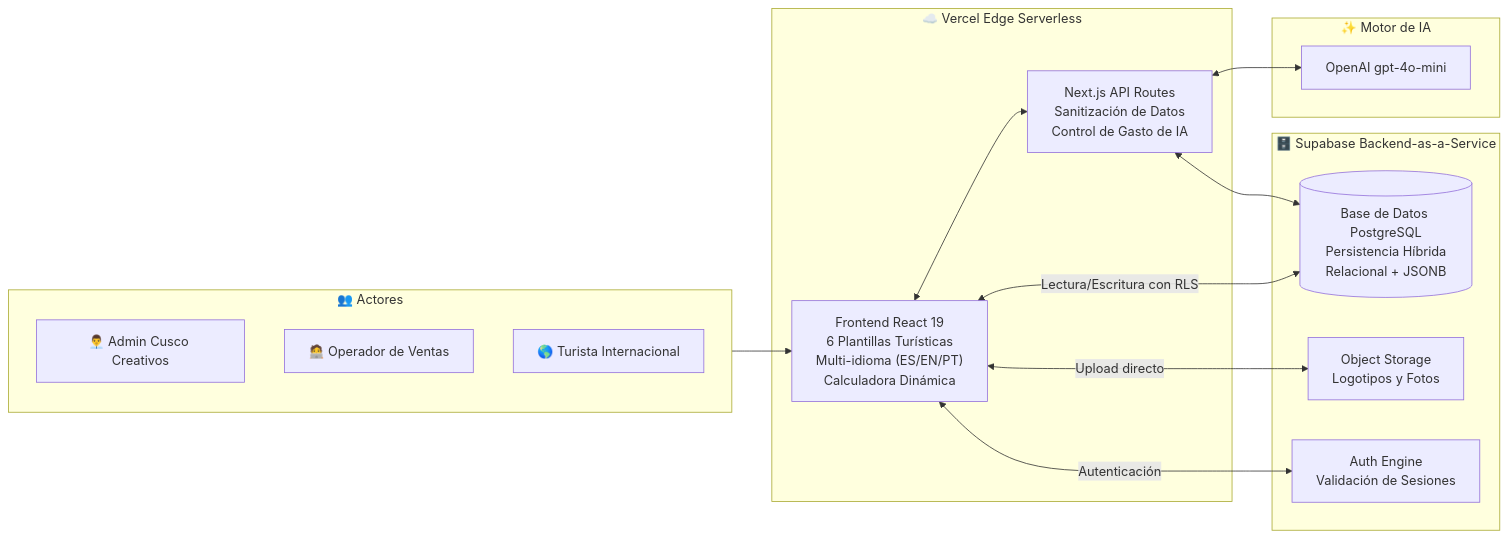
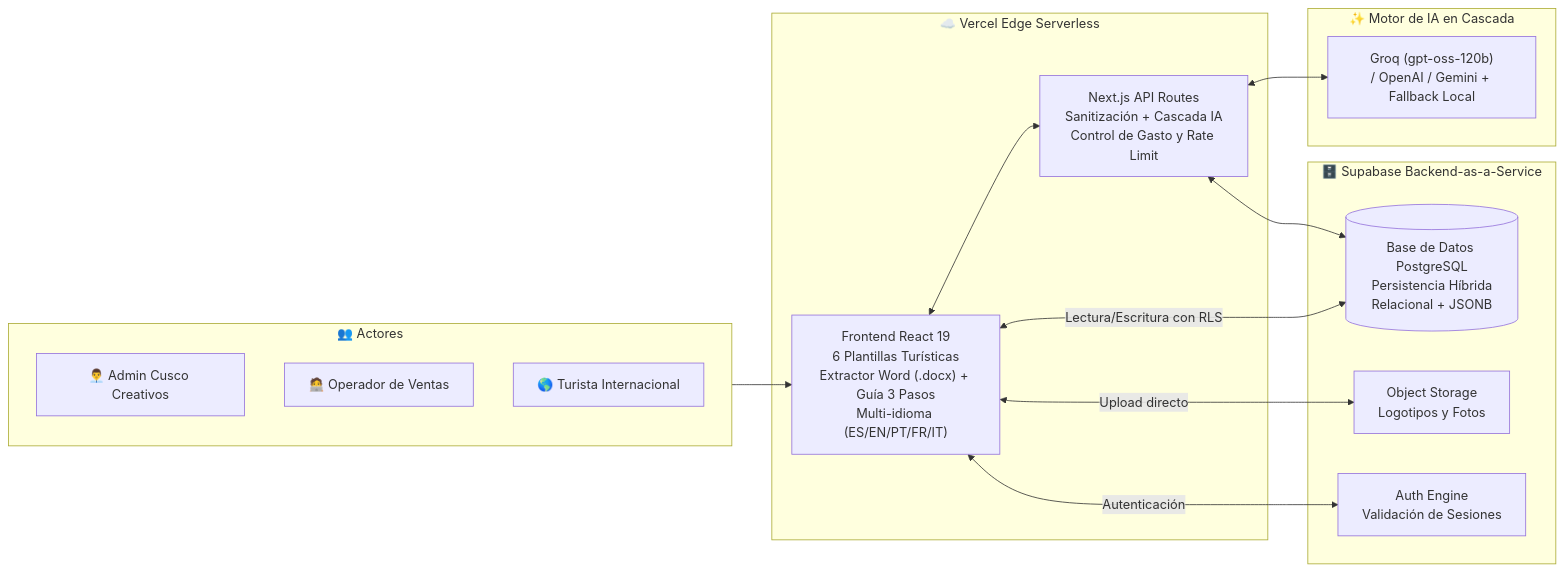
Before and after one commit to erikvlad1111-ctrl/Generador-de-Landingpages: the second of 7 diagrams in docs/documentacion_tesis.md, drawn with Mermaid. The commit also changed other lines of this file, not shown here.

Commit message:
docs(tesis): actualizar diagramas y manual de usuario con cascada Groq/Multi-LLM, ingesta Word y guia Human-in-the-Loop

````diff
--- a/docs/documentacion_tesis.md
+++ b/docs/documentacion_tesis.md
@@ -58,31 +58,31 @@
 ```mermaid
 flowchart LR
     subgraph Usuarios["👥 Actores"]
         A["👨‍💼 Admin Cusco Creativos"]
         E["🧑‍💻 Operador de Ventas"]
         T["🌎 Turista Internacional"]
     end
 
     subgraph VercelApp["☁️ Vercel Edge Serverless"]
-        WebUI["Frontend React 19\n6 Plantillas Turísticas\nMulti-idioma (ES/EN/PT)\nCalculadora Dinámica"]
-        ApiRoutes["Next.js API Routes\nSanitización de Datos\nControl de Gasto de IA"]
+        WebUI["Frontend React 19\n6 Plantillas Turísticas\nExtractor Word (.docx) + Guía 3 Pasos\nMulti-idioma (ES/EN/PT/FR/IT)"]
+        ApiRoutes["Next.js API Routes\nSanitización + Cascada IA\nControl de Gasto y Rate Limit"]
     end
 
     subgraph SupabasePlatform["🗄️ Supabase Backend-as-a-Service"]
         AuthService["Auth Engine\nValidación de Sesiones"]
         StorageEngine["Object Storage\nLogotipos y Fotos"]
         PostgresEngine[("Base de Datos PostgreSQL\nPersistencia Híbrida\nRelacional + JSONB")]
     end
 
-    subgraph AIPlatform["✨ Motor de IA"]
-        GPT["OpenAI gpt-4o-mini"]
+    subgraph AIPlatform["✨ Motor de IA en Cascada"]
+        GPT["Groq (gpt-oss-120b)\n/ OpenAI / Gemini + Fallback Local"]
     end
 
     Usuarios --> WebUI
     WebUI <--> ApiRoutes
     WebUI <-->|Lectura/Escritura con RLS| PostgresEngine
     WebUI <-->|Upload directo| StorageEngine
     WebUI <-->|Autenticación| AuthService
     ApiRoutes <--> GPT
     ApiRoutes <--> PostgresEngine
 ```
````
